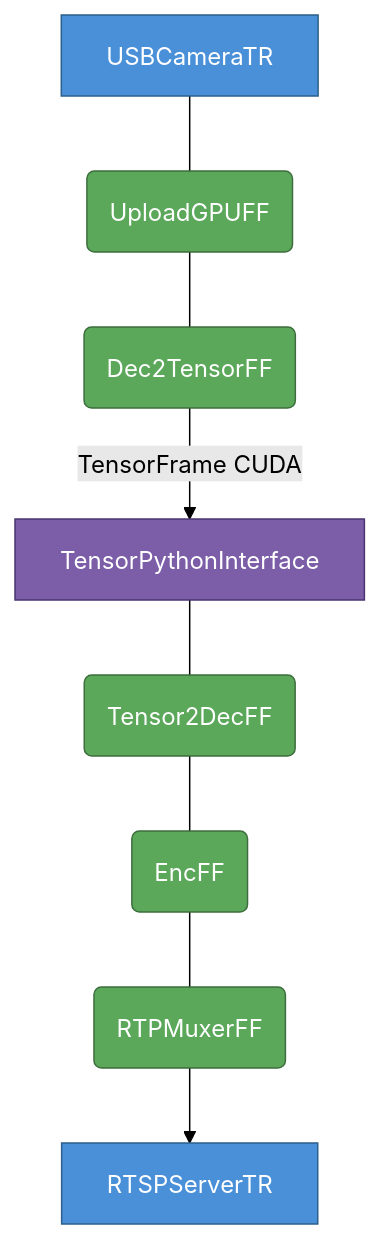
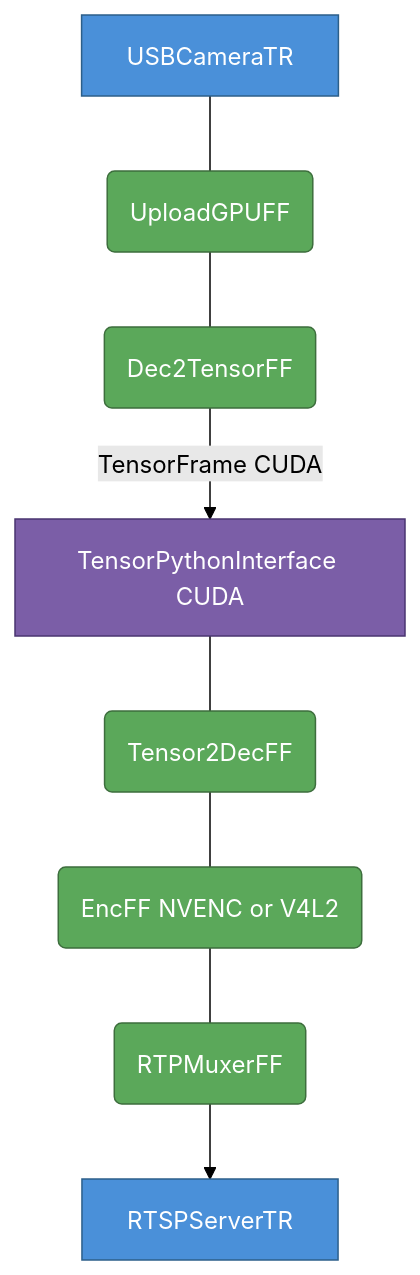
The fourth of 11 diagrams in python/README.md (elsampsa/limef-apps), drawn with Mermaid (forest theme) before and after one commit. The commit also changed other lines of this file and 2 other files, not shown here.

````diff
--- a/python/README.md
+++ b/python/README.md
@@ -245,26 +260,26 @@
 ```mermaid
 flowchart TD
     camtr[USBCameraTR]
     uploadff(UploadGPUFF)
     d2t(Dec2TensorFF)
-    pyif[TensorPythonInterface]
+    pyif[TensorPythonInterface CUDA]
     t2d(Tensor2DecFF)
-    encff(EncFF)
+    encff(EncFF NVENC or V4L2)
     rtpmux(RTPMuxerFF)
     rtsptr[RTSPServerTR]
 
     camtr --- uploadff
     uploadff --- d2t
     d2t -->|TensorFrame CUDA| pyif
     pyif --- t2d
     t2d --- encff
     encff --- rtpmux
     rtpmux --> rtsptr
 
     classDef thread fill:#4a90d9,stroke:#2c5f8a,color:#fff
     classDef pytr   fill:#7b5ea7,stroke:#4a3570,color:#fff
     classDef ff     fill:#5ba85a,stroke:#3d6e3d,color:#fff
     class camtr,rtsptr thread
     class pyif pytr
     class uploadff,d2t,t2d,encff,rtpmux ff
 ```
````
